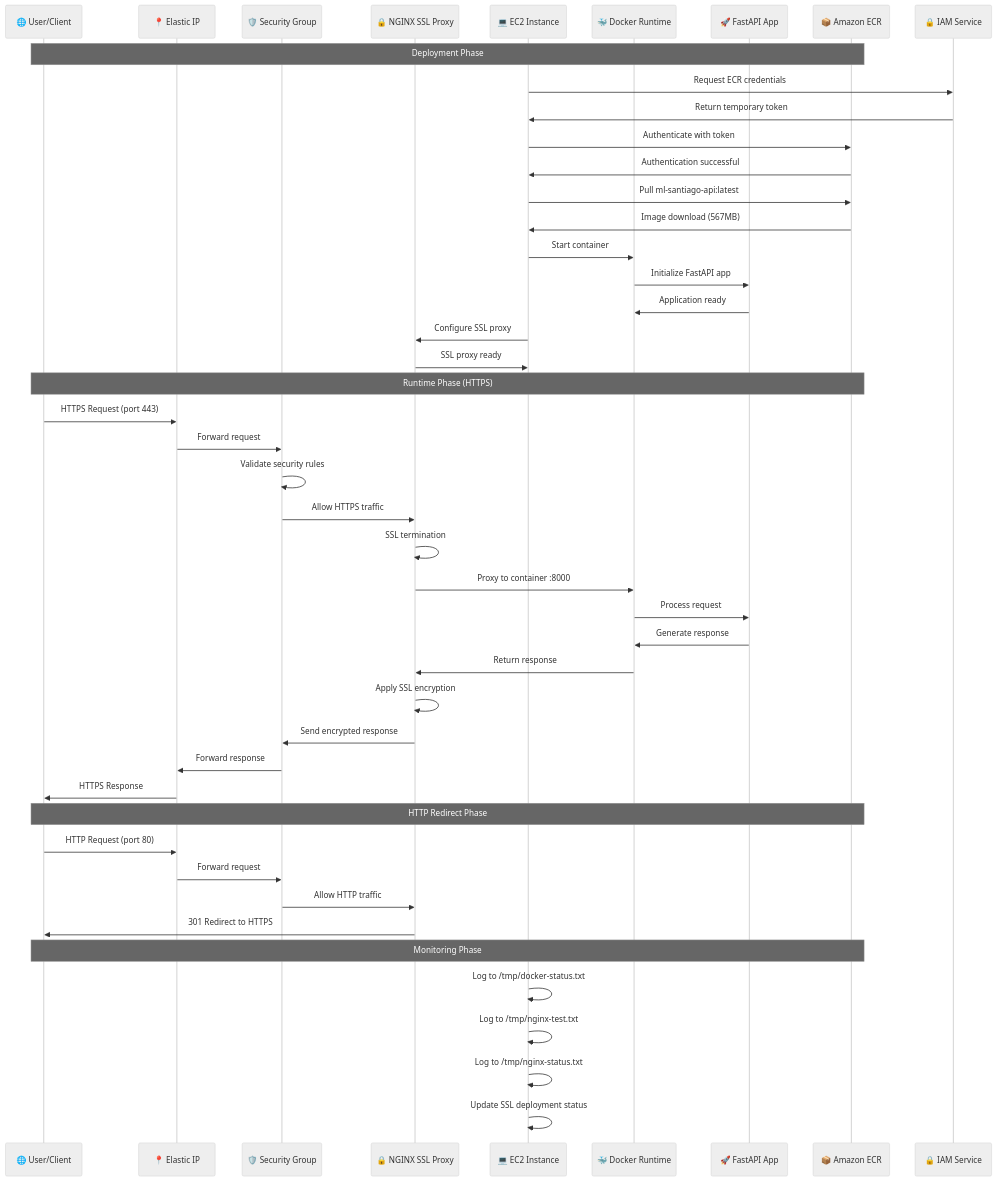
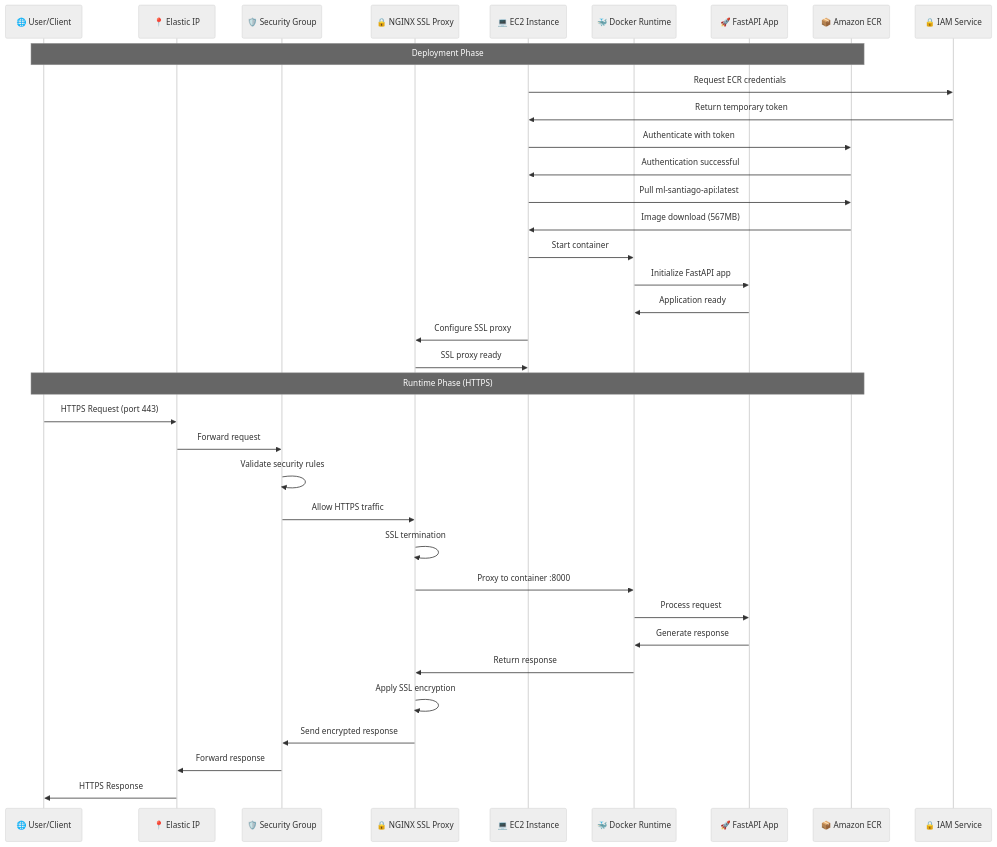
One commit to SantiagoEsquivelHub/PDI-ML_infrastructure changed the second of 2 diagrams in ARQUITECTURA_MERMAID.md. Above: the diagram before and after it, drawn with Mermaid (neutral theme).

Commit message:
ARQUITECTURA_MERMAID.md

````diff
--- a/ARQUITECTURA_MERMAID.md
+++ b/ARQUITECTURA_MERMAID.md
@@ -78,52 +78,41 @@
 ```mermaid
 sequenceDiagram
     participant U as 🌐 User/Client
     participant EIP as 📍 Elastic IP
     participant SG as 🛡️ Security Group
     participant NGINX as 🔒 NGINX SSL Proxy
     participant EC2 as 💻 EC2 Instance
     participant Docker as 🐳 Docker Runtime
     participant API as 🚀 FastAPI App
     participant ECR as 📦 Amazon ECR
     participant IAM as 🔒 IAM Service
     
     Note over U,ECR: Deployment Phase
     EC2->>IAM: Request ECR credentials
     IAM->>EC2: Return temporary token
     EC2->>ECR: Authenticate with token
     ECR->>EC2: Authentication successful
     EC2->>ECR: Pull ml-santiago-api:latest
     ECR->>EC2: Image download (567MB)
     EC2->>Docker: Start container
     Docker->>API: Initialize FastAPI app
     API->>Docker: Application ready
     EC2->>NGINX: Configure SSL proxy
     NGINX->>EC2: SSL proxy ready
     
     Note over U,ECR: Runtime Phase (HTTPS)
     U->>EIP: HTTPS Request (port 443)
     EIP->>SG: Forward request
     SG->>SG: Validate security rules
     SG->>NGINX: Allow HTTPS traffic
     NGINX->>NGINX: SSL termination
     NGINX->>Docker: Proxy to container :8000
     Docker->>API: Process request
     API->>Docker: Generate response
     Docker->>NGINX: Return response
     NGINX->>NGINX: Apply SSL encryption
     NGINX->>SG: Send encrypted response
     SG->>EIP: Forward response
     EIP->>U: HTTPS Response
     
-    Note over U,ECR: HTTP Redirect Phase
-    U->>EIP: HTTP Request (port 80)
-    EIP->>SG: Forward request
-    SG->>NGINX: Allow HTTP traffic
-    NGINX->>U: 301 Redirect to HTTPS
-    
-    Note over U,ECR: Monitoring Phase
-    EC2->>EC2: Log to /tmp/docker-status.txt
-    EC2->>EC2: Log to /tmp/nginx-test.txt
-    EC2->>EC2: Log to /tmp/nginx-status.txt
-    EC2->>EC2: Update SSL deployment status
 ```
````
